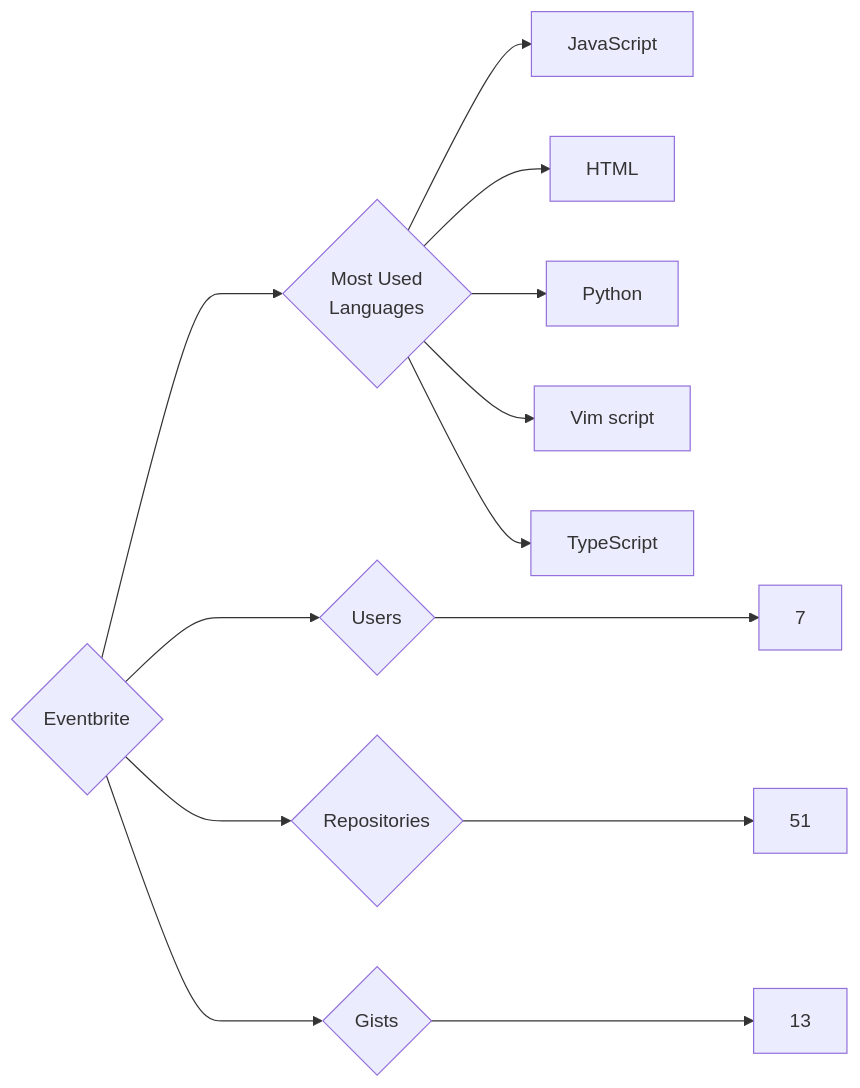
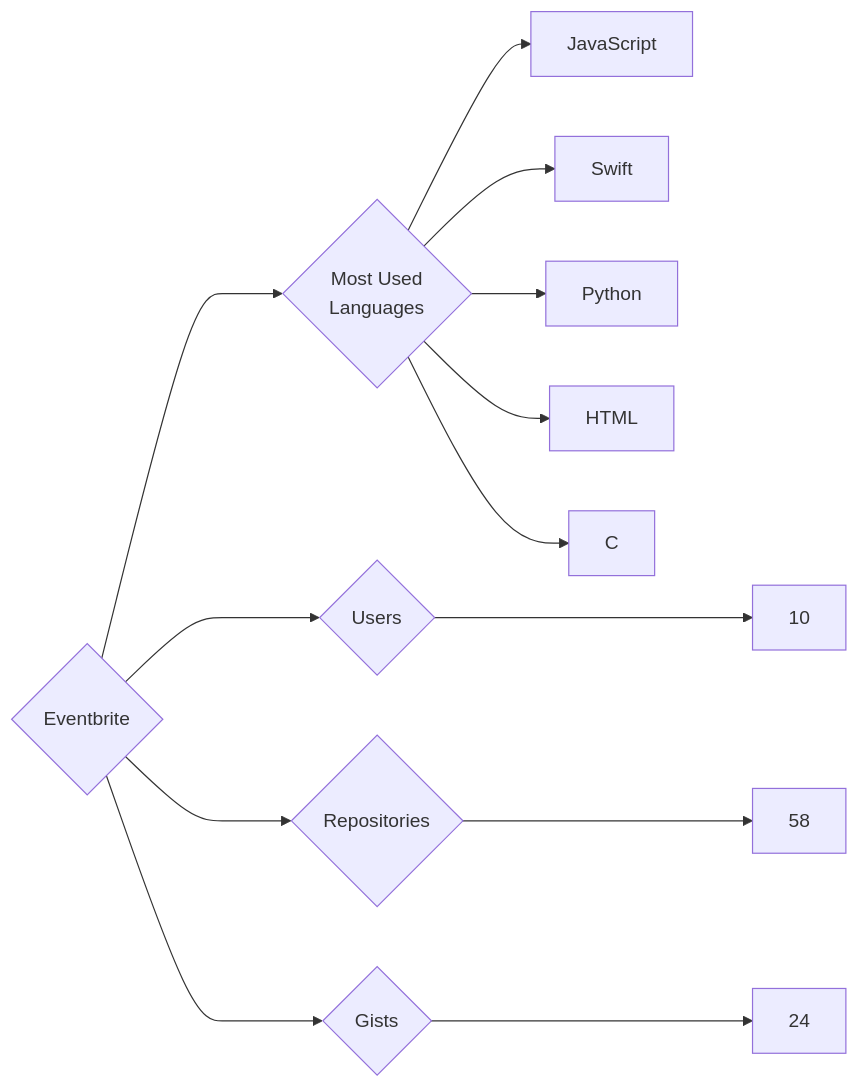
The diagram in targets/Eventbrite/README.md (trickest/insiders), drawn with Mermaid before and after one commit. The commit also changed 944 other files, not shown here.

````diff
--- a/targets/Eventbrite/README.md
+++ b/targets/Eventbrite/README.md
@@ -3,13 +3,13 @@
 ```mermaid
 graph LR
 COMPANY_NAME{Eventbrite}
-COMPANY_NAME ---> U{Users} ---> UN[7]
-COMPANY_NAME ---> R{Repositories} ---> RN[51]
-COMPANY_NAME ---> G{Gists} ---> GN[13]
+COMPANY_NAME ---> U{Users} ---> UN[10]
+COMPANY_NAME ---> R{Repositories} ---> RN[58]
+COMPANY_NAME ---> G{Gists} ---> GN[24]
 COMPANY_NAME ---> ML{Most Used<br>Languages}
 ML --> JavaScript[JavaScript]
+ML --> Swift[Swift]
+ML --> Python[Python]
 ML --> HTML[HTML]
-ML --> Python[Python]
-ML --> Vim_script[Vim script]
-ML --> TypeScript[TypeScript]
+ML --> C[C]
 ```
````
